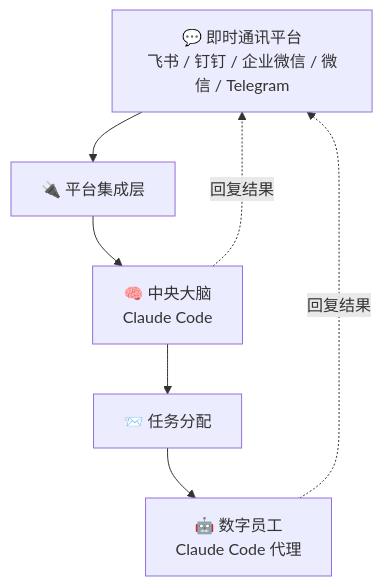
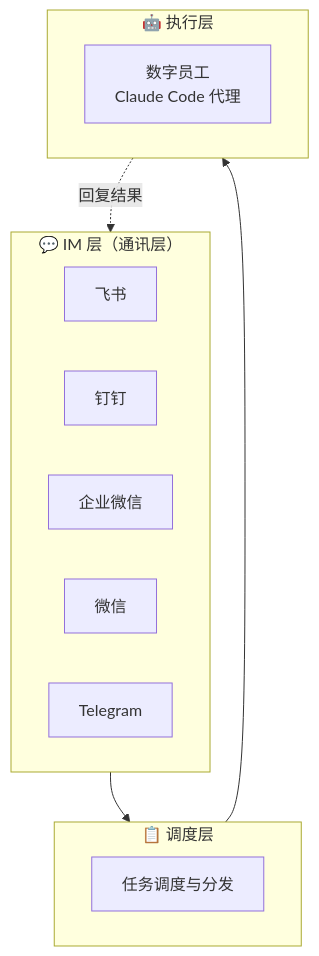
The diagram in content/docs/index.cn.mdx (theopenbee/docs), drawn with Mermaid before and after one commit. The commit also changed other lines of this file and 1 other file, not shown here.

Commit message:
docs: update How It Works to three-layer architecture
Restructure the architecture diagram in both EN and CN introduction pages
to clearly show three layers: IM (Communication), Scheduling, and Execution.

````diff
--- a/content/docs/index.cn.mdx
+++ b/content/docs/index.cn.mdx
@@ -19,9 +21,22 @@
 ```mermaid
 graph TD
-    A["💬 即时通讯平台\n飞书 / 钉钉 / 企业微信 / 微信 / Telegram"] --> B["🔌 平台集成层"]
-    B --> C["🧠 中央大脑\nClaude Code"]
-    C --> D["📨 任务分配"]
-    D --> E["🤖 数字员工\nClaude Code 代理"]
-    E -. "回复结果" .-> A
-    C -. "回复结果" .-> A
+    subgraph IM["💬 IM 层（通讯层）"]
+        A1["飞书"]
+        A2["钉钉"]
+        A3["企业微信"]
+        A4["微信"]
+        A5["Telegram"]
+    end
+
+    subgraph SCHED["📋 调度层"]
+        B["任务调度与分发"]
+    end
+
+    subgraph EXEC["🤖 执行层"]
+        C["数字员工\nClaude Code 代理"]
+    end
+
+    IM --> SCHED
+    SCHED --> EXEC
+    EXEC -. "回复结果" .-> IM
 ```
````
